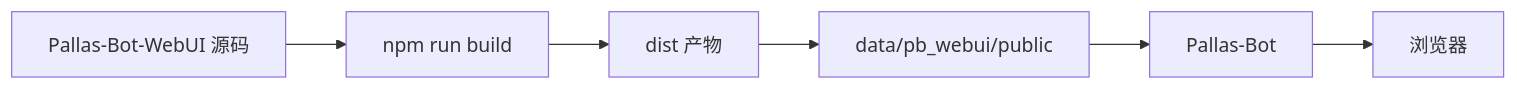
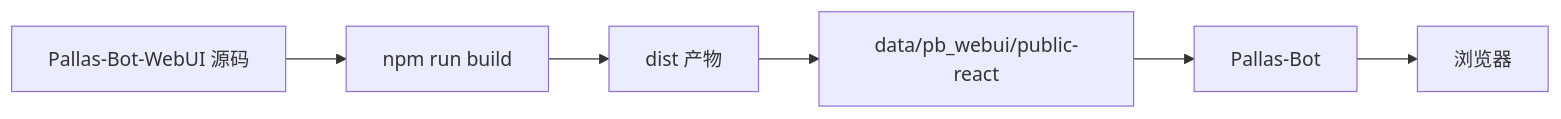
The diagram in docs/maintainer/install/webui.md (PallasBot/Pallas-Bot), drawn with Mermaid before and after one commit. The commit also changed other lines of this file, not shown here.

Commit message:
docs(webui): 联调路径改为仓库根 React

````diff
--- a/docs/maintainer/install/webui.md
+++ b/docs/maintainer/install/webui.md
@@ -29,11 +29,11 @@
 ```mermaid
 flowchart LR
     Source[Pallas-Bot-WebUI 源码]
     Build[npm run build]
     Dist[dist 产物]
-    Runtime[data/pb_webui/public]
+    Runtime[data/pb_webui/public-react]
     Bot[Pallas-Bot]
     Browser[浏览器]
 
     Source --> Build --> Dist --> Runtime --> Bot --> Browser
 ```
````
